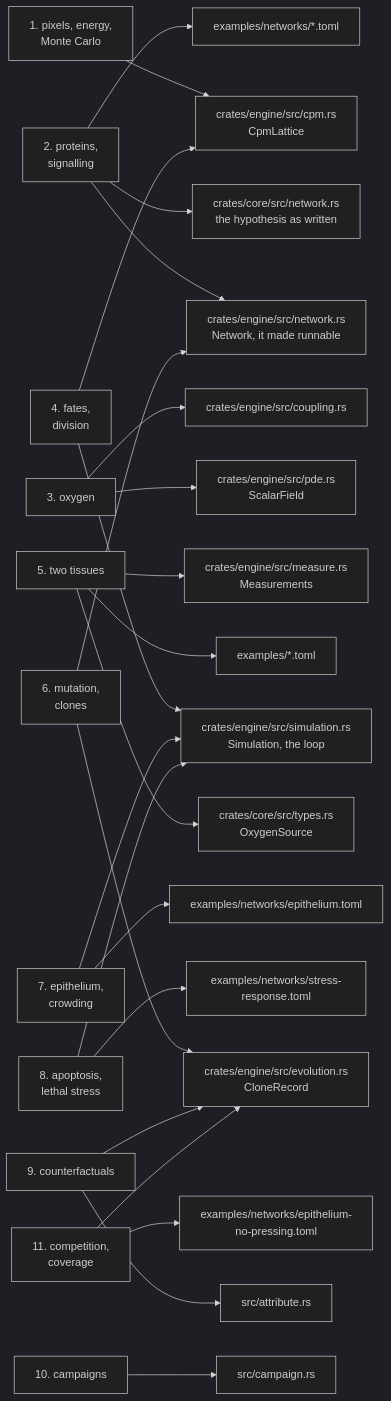
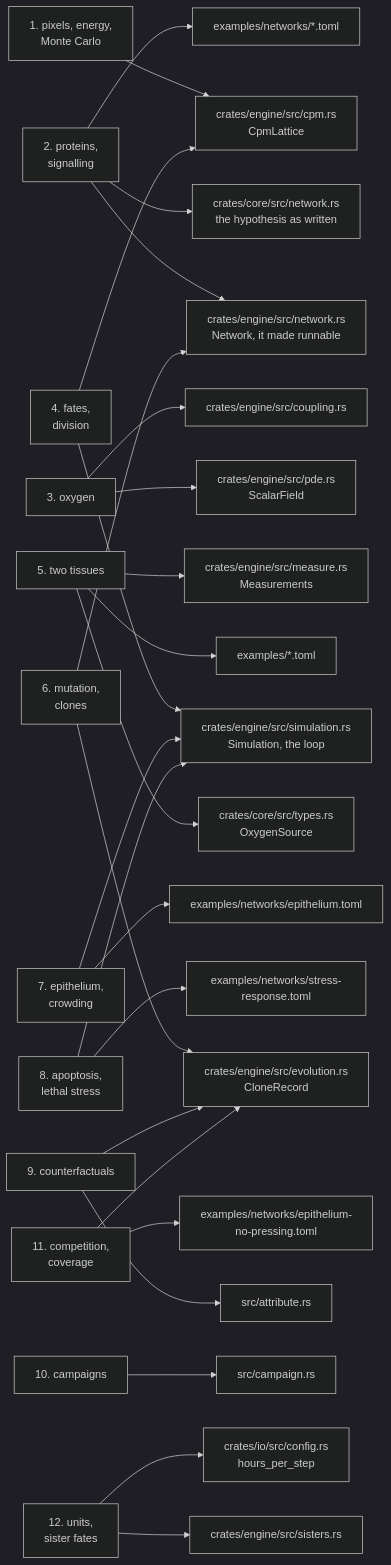
The diagram in docs/README.md (ngodzik/cellweave), drawn with Mermaid (dark theme) before and after one commit. The commit also changed other lines of this file and 16 other files, not shown here.

First line of the commit message:
Calibrate the sheet against the mouse oesophagus, and measure sister fates (#38)

````diff
--- a/docs/README.md
+++ b/docs/README.md
@@ -33,25 +34,27 @@
 ```mermaid
 flowchart LR
     c1["1. pixels, energy,<br/>Monte Carlo"] --> cpm["crates/engine/src/cpm.rs<br/>CpmLattice"]
     c2["2. proteins,<br/>signalling"] --> net["crates/core/src/network.rs<br/>the hypothesis as written"]
     c2 --> run["crates/engine/src/network.rs<br/>Network, it made runnable"]
     c2 --> files["examples/networks/*.toml"]
     c3["3. oxygen"] --> pde["crates/engine/src/pde.rs<br/>ScalarField"]
     c3 --> cpl["crates/engine/src/coupling.rs"]
     c4["4. fates,<br/>division"] --> sim["crates/engine/src/simulation.rs<br/>Simulation, the loop"]
     c4 --> cpm
     c5["5. two tissues"] --> cfg["crates/core/src/types.rs<br/>OxygenSource"]
     c5 --> ex["examples/*.toml"]
     c5 --> mea["crates/engine/src/measure.rs<br/>Measurements"]
     c6["6. mutation,<br/>clones"] --> evo["crates/engine/src/evolution.rs<br/>CloneRecord"]
     c6 --> run
     c7["7. epithelium,<br/>crowding"] --> sim
     c7 --> epi["examples/networks/epithelium.toml"]
     c8["8. apoptosis,<br/>lethal stress"] --> sim
     c8 --> str["examples/networks/stress-response.toml"]
     c9["9. counterfactuals"] --> att["src/attribute.rs"]
     c9 --> evo
     c10["10. campaigns"] --> camp["src/campaign.rs"]
     c11["11. competition,<br/>coverage"] --> evo
     c11 --> nop["examples/networks/epithelium-no-pressing.toml"]
+    c12["12. units,<br/>sister fates"] --> sis["crates/engine/src/sisters.rs"]
+    c12 --> conf["crates/io/src/config.rs<br/>hours_per_step"]
 ```
````
